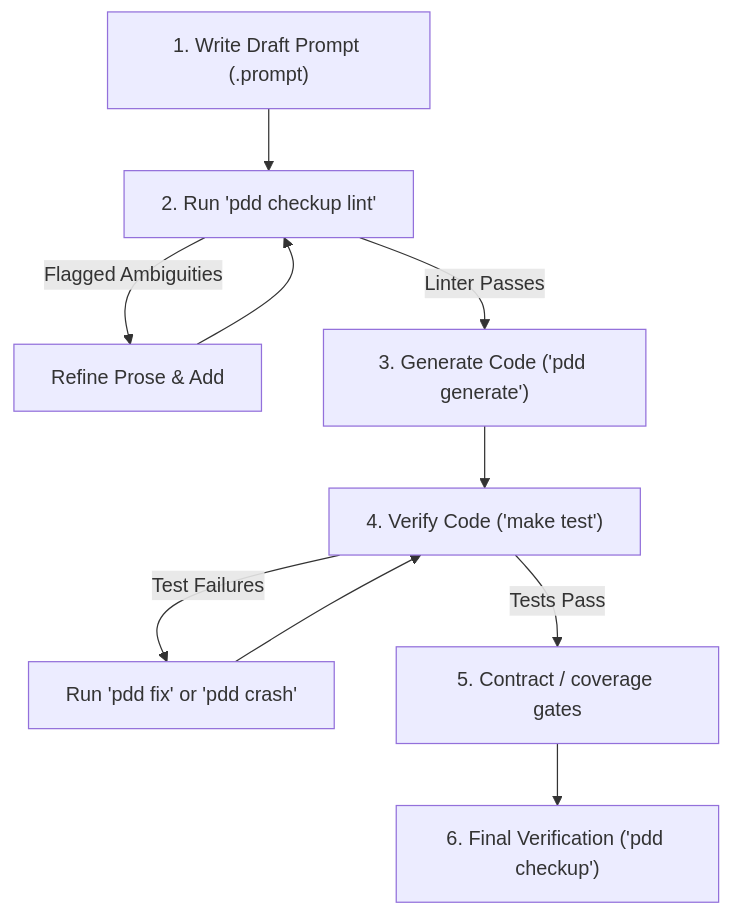
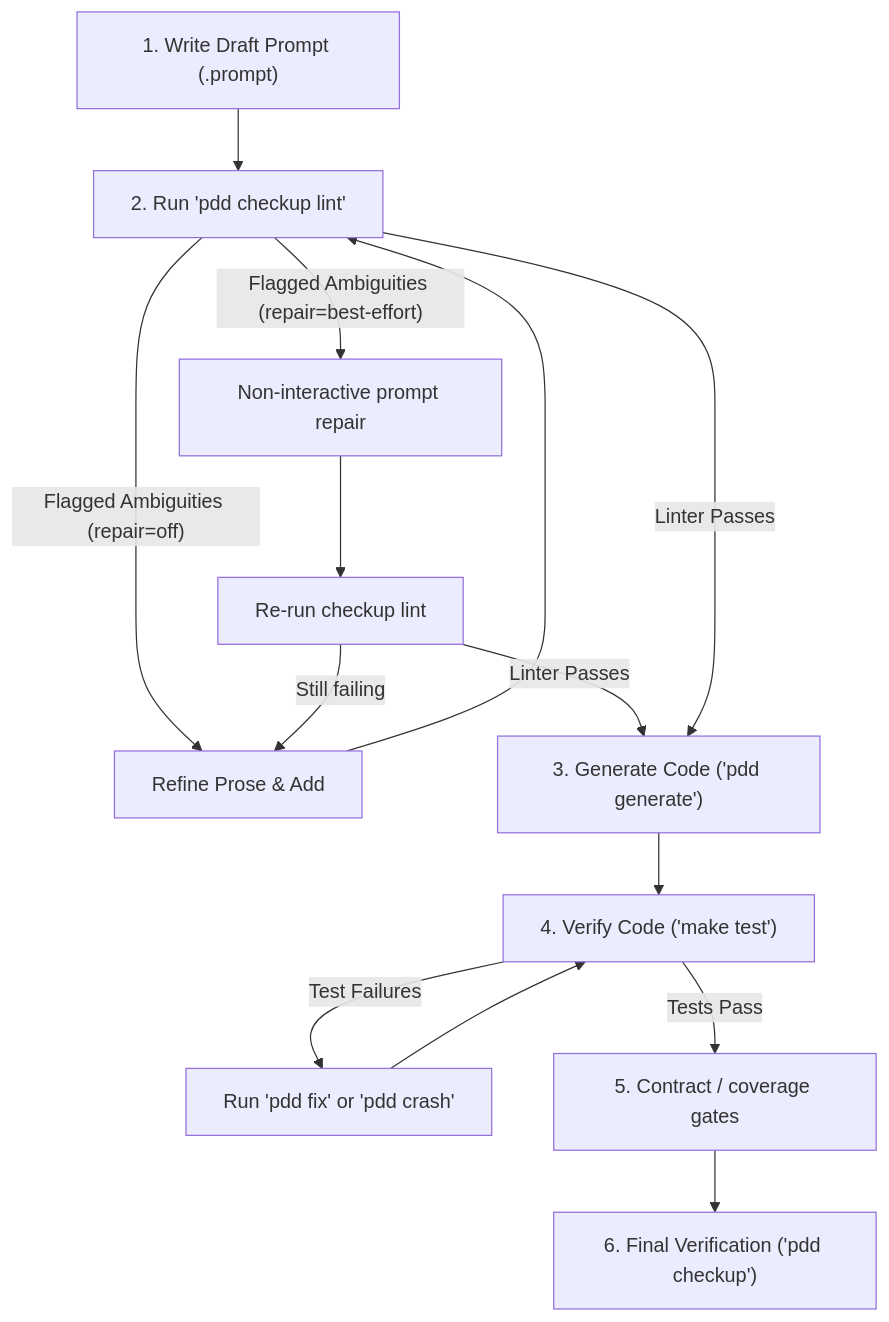
Before and after one commit to promptdriven/pdd: the diagram in docs/prompt_lint.md, drawn with Mermaid. The commit also changed other lines of this file and 7 other files, not shown here.

First line of the commit message:
feat: add non-interactive prompt repair loop for failed prompt checkup (#1422)

````diff
--- a/docs/prompt_lint.md
+++ b/docs/prompt_lint.md
@@ -44,12 +44,16 @@
 ```mermaid
 graph TD
     A["1. Write Draft Prompt (.prompt)"] --> B["2. Run 'pdd checkup lint'"]
-    B -->|Flagged Ambiguities| C["Refine Prose & Add <vocabulary>"]
+    B -->|"Flagged Ambiguities (repair=off)"| C["Refine Prose & Add <vocabulary>"]
+    B -->|"Flagged Ambiguities (repair=best-effort)"| R["Non-interactive prompt repair"]
+    R --> B2["Re-run checkup lint"]
+    B2 -->|"Still failing"| C
+    B2 -->|"Linter Passes"| D
     C --> B
     B -->|Linter Passes| D["3. Generate Code ('pdd generate')"]
     D --> E["4. Verify Code ('make test')"]
     E -->|Test Failures| F["Run 'pdd fix' or 'pdd crash'"]
     F --> E
     E -->|Tests Pass| H["5. Contract / coverage gates"]
     H --> G["6. Final Verification ('pdd checkup')"]
 ```
````
